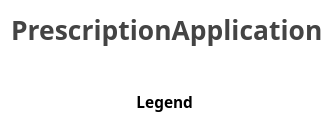
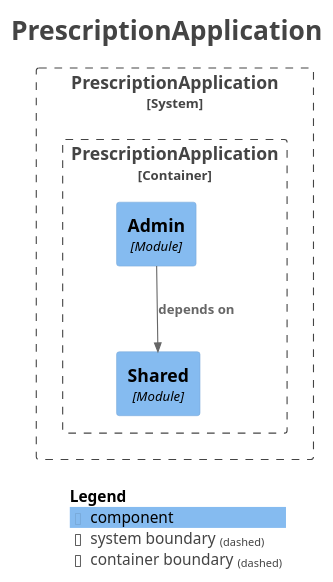
The diagram in docs/moduller/components.puml (Losdreyfedus/doping-prescription), drawn with PlantUML before and after one commit. The commit also changed 5 other files, not shown here.

```diff
--- a/docs/moduller/components.puml
+++ b/docs/moduller/components.puml
@@ -1,19 +1,30 @@
 @startuml
 title <size:24>PrescriptionApplication</size>
 
 set separator none
 top to bottom direction
 
 <style>
   root {
     BackgroundColor: #ffffff
     FontColor: #444444
   }
 </style>
 
 !include <C4/C4>
 !include <C4/C4_Context>
+!include <C4/C4_Component>
+
+System_Boundary("PrescriptionApplication_boundary", "PrescriptionApplication", $tags="") {
+  Container_Boundary("PrescriptionApplication.PrescriptionApplication_boundary", "PrescriptionApplication", $tags="") {
+    Component(PrescriptionApplication.PrescriptionApplication.Shared, "Shared", $techn="Module", $descr="", $tags="", $link="")
+    Component(PrescriptionApplication.PrescriptionApplication.Admin, "Admin", $techn="Module", $descr="", $tags="", $link="")
+  }
+
+}
+
+Rel(PrescriptionApplication.PrescriptionApplication.Admin, PrescriptionApplication.PrescriptionApplication.Shared, "depends on", $techn="", $tags="", $link="")
 
 SHOW_LEGEND(true)
 hide stereotypes
 @enduml
```
